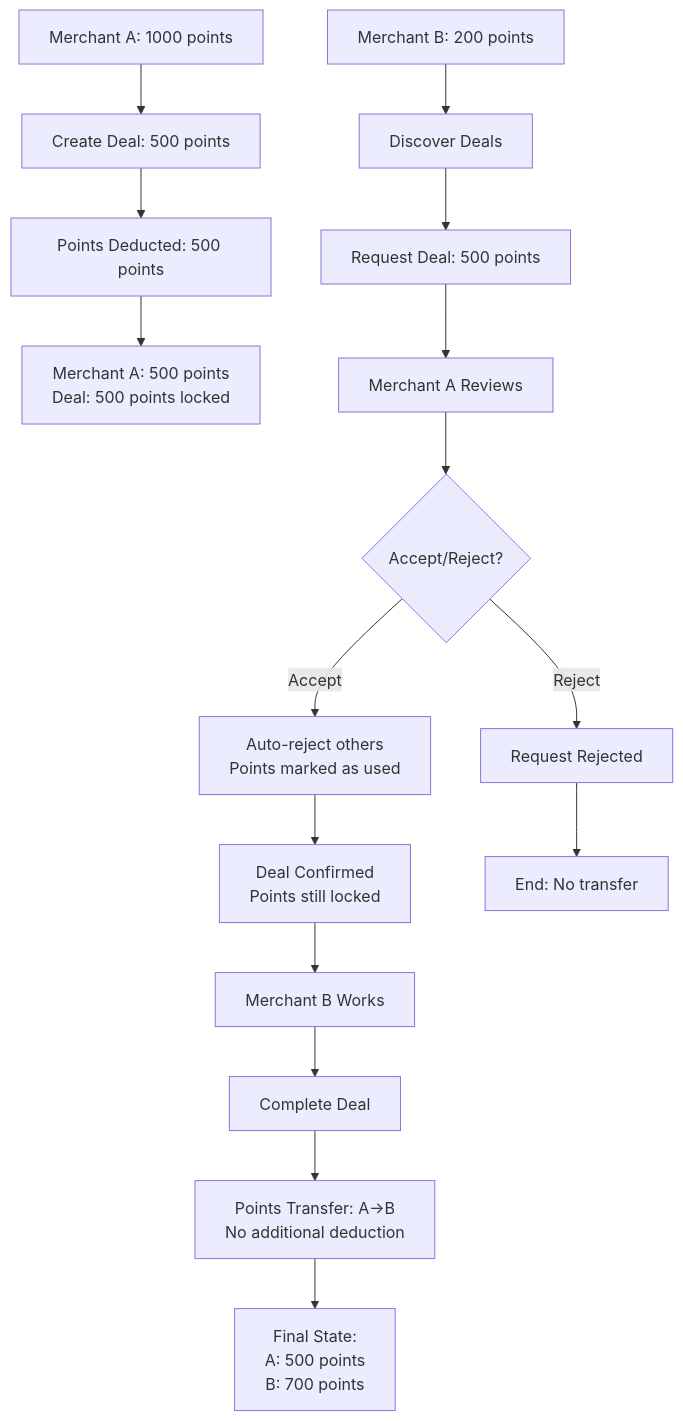
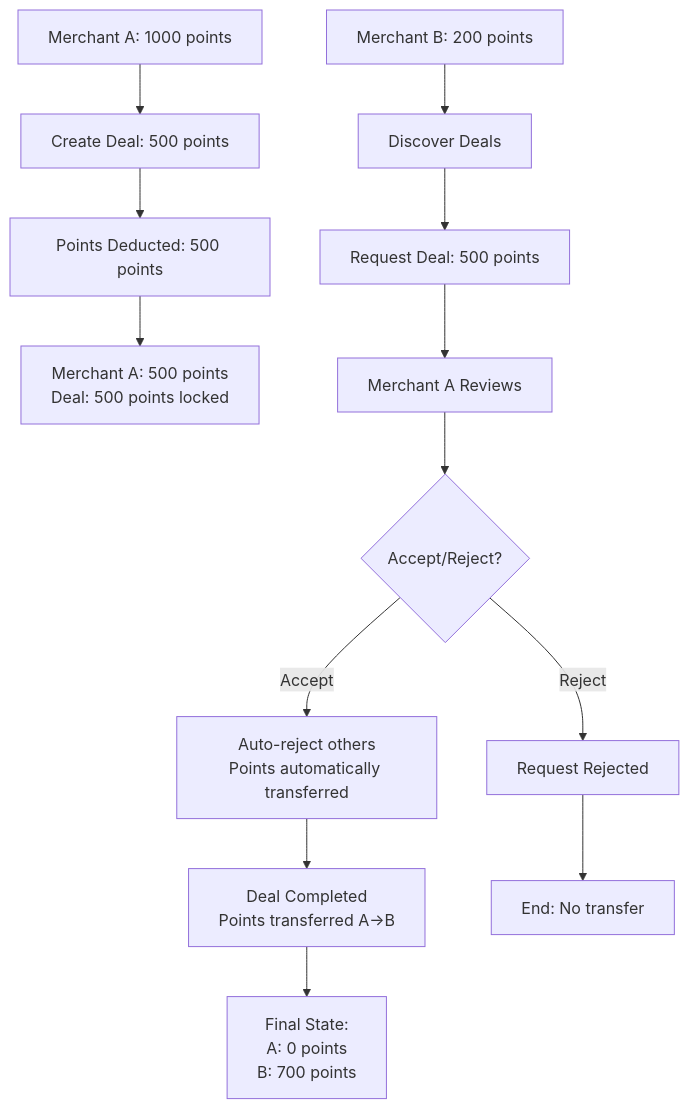
The diagram in MerchantDeal.md (sachinpatel16/Barter_backend), drawn with Mermaid before and after one commit. The commit also changed other lines of this file and 3 other files, not shown here.

Commit message:
update the Mearchant deal flow

````diff
--- a/MerchantDeal.md
+++ b/MerchantDeal.md
@@ -697,22 +799,19 @@
 ```mermaid
 graph TD
     A[Merchant A: 1000 points] --> B[Create Deal: 500 points]
     B --> C[Points Deducted: 500 points]
     C --> D[Merchant A: 500 points<br/>Deal: 500 points locked]
 
     E[Merchant B: 200 points] --> F[Discover Deals]
     F --> G[Request Deal: 500 points]
     G --> H[Merchant A Reviews]
 
     H --> I{Accept/Reject?}
-    I -->|Accept| J[Auto-reject others<br/>Points marked as used]
+    I -->|Accept| J[Auto-reject others<br/>Points automatically transferred]
     I -->|Reject| K[Request Rejected]
 
-    J --> L[Deal Confirmed<br/>Points still locked]
-    L --> M[Merchant B Works]
-    M --> N[Complete Deal]
-    N --> O[Points Transfer: A→B<br/>No additional deduction]
-    O --> P[Final State:<br/>A: 500 points<br/>B: 700 points]
+    J --> L[Deal Completed<br/>Points transferred A→B]
+    L --> M[Final State:<br/>A: 0 points<br/>B: 700 points]
 
     K --> Q[End: No transfer]
 ```
````
